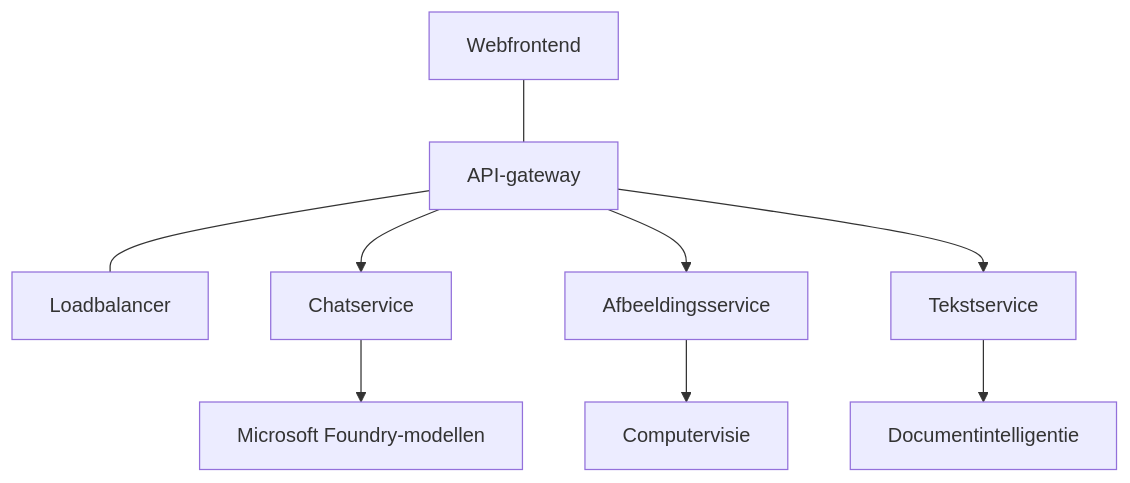
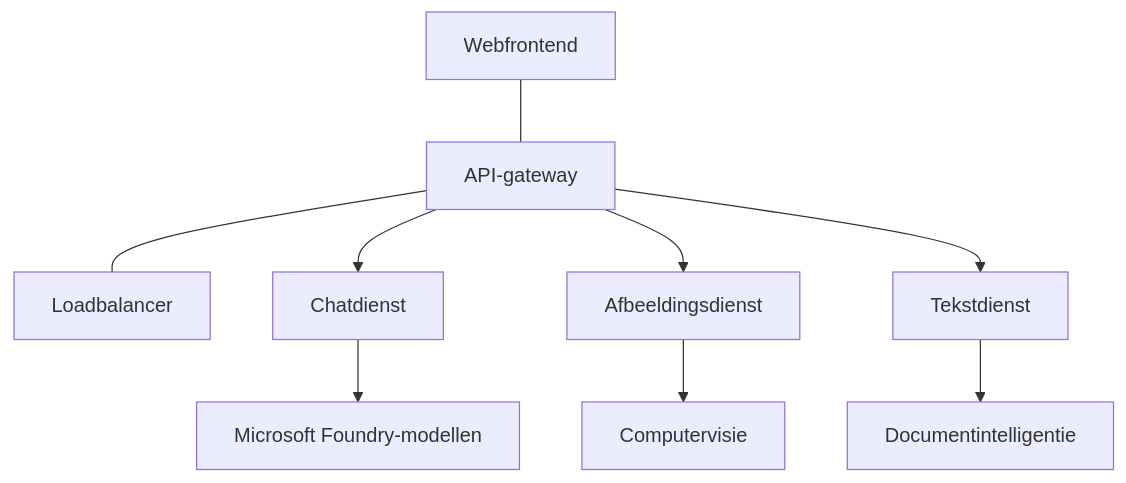
One commit to microsoft/AZD-for-beginners changed the diagram in translations/nl/docs/chapter-08-production/production-ai-practices.md. Above: the diagram before and after it, drawn with Mermaid. The commit also changed other lines of this file and 101 other files, not shown here.

````diff
--- a/translations/nl/docs/chapter-08-production/production-ai-practices.md
+++ b/translations/nl/docs/chapter-08-production/production-ai-practices.md
@@ -30,10 +30,10 @@
 ```mermaid
 graph TD
     Frontend[Webfrontend] --- Gateway[API-gateway] --- LB[Loadbalancer]
-    Gateway --> Chat[Chatservice]
-    Gateway --> Image[Afbeeldingsservice]
-    Gateway --> Text[Tekstservice]
+    Gateway --> Chat[Chatdienst]
+    Gateway --> Image[Afbeeldingsdienst]
+    Gateway --> Text[Tekstdienst]
     Chat --> OpenAI[Microsoft Foundry-modellen]
     Image --> Vision[Computervisie]
     Text --> DocIntel[Documentintelligentie]
 ```
````
